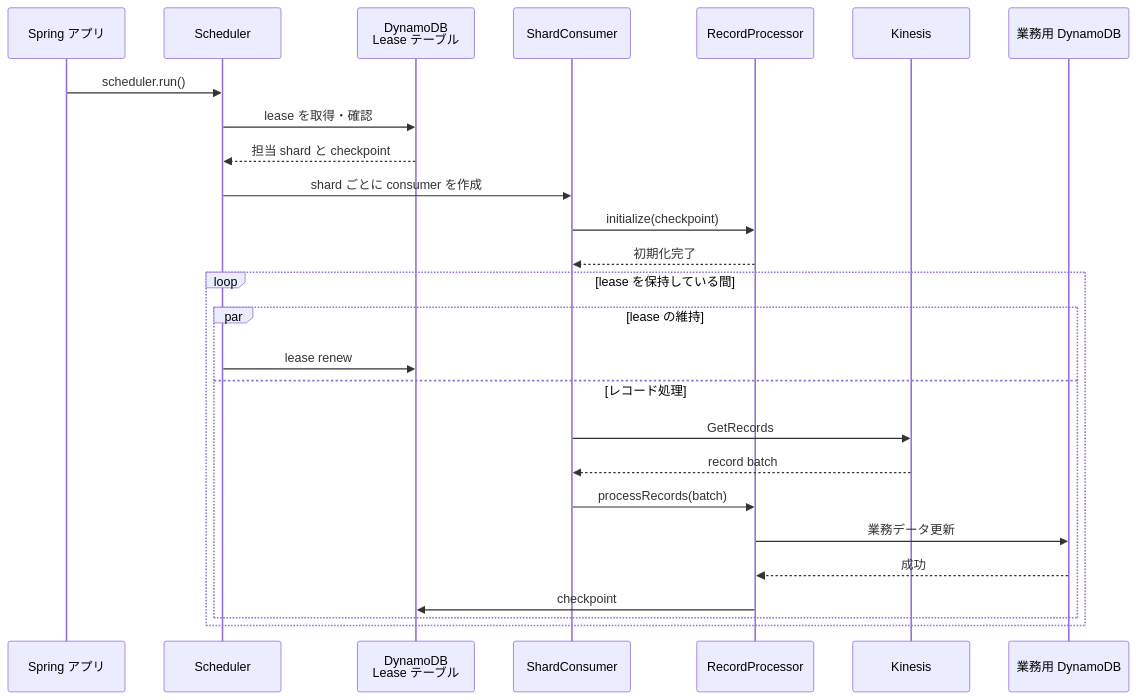
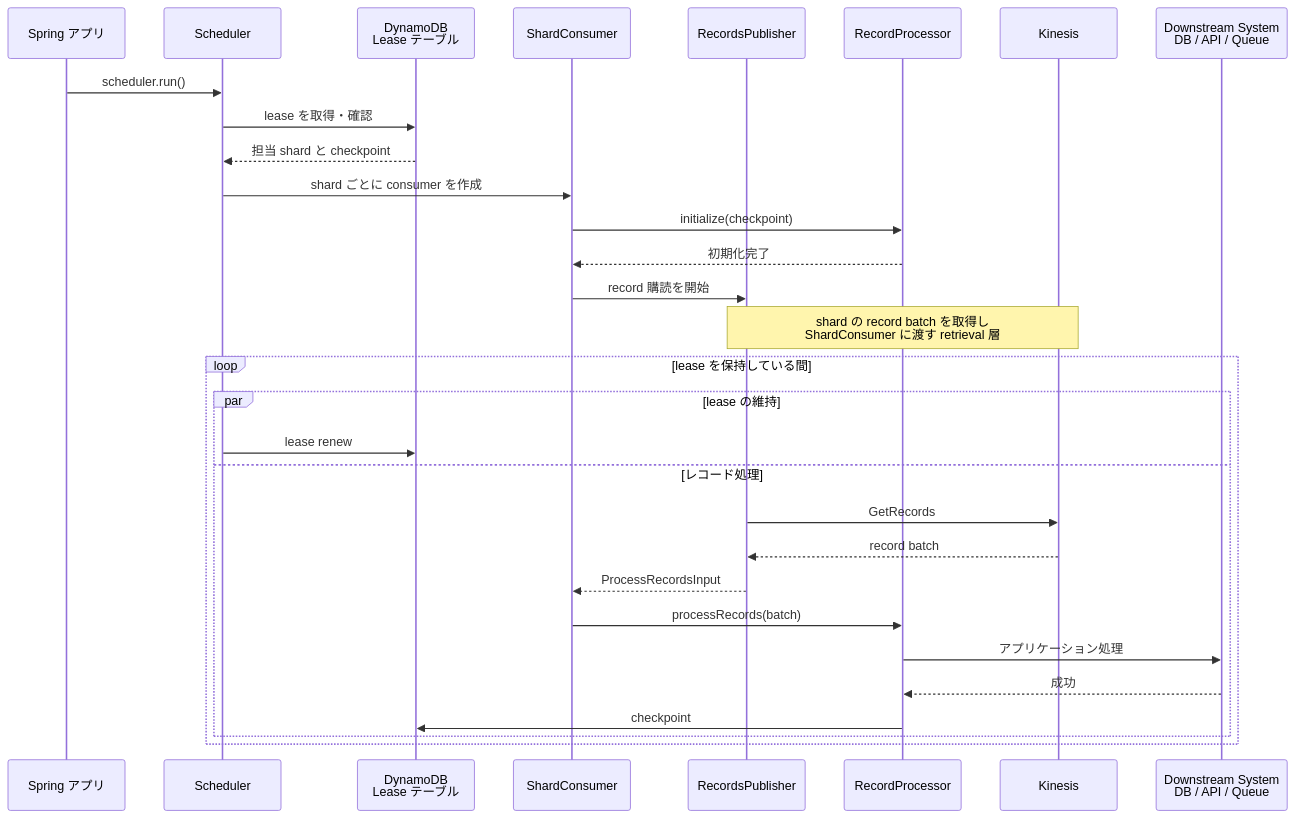
Before and after one commit to minimabot/TIL: the first of 8 diagrams in aws/kinesis/kcl.md, drawn with Mermaid. The commit also changed other lines of this file, not shown here.

````diff
--- a/aws/kinesis/kcl.md
+++ b/aws/kinesis/kcl.md
@@ -5,30 +5,34 @@
 ```mermaid
 sequenceDiagram
     participant App as Spring アプリ
     participant S as Scheduler
     participant D as DynamoDB<br/>Lease テーブル
     participant C as ShardConsumer
+    participant P as RecordsPublisher
     participant R as RecordProcessor
     participant K as Kinesis
-    participant B as 業務用 DynamoDB
+    participant B as Downstream System<br/>DB / API / Queue
 
     App->>S: scheduler.run()
     S->>D: lease を取得・確認
     D-->>S: 担当 shard と checkpoint
     S->>C: shard ごとに consumer を作成
     C->>R: initialize(checkpoint)
     R-->>C: 初期化完了
+    C->>P: record 購読を開始
+    Note over P,K: shard の record batch を取得し<br/>ShardConsumer に渡す retrieval 層
 
     loop lease を保持している間
         par lease の維持
             S->>D: lease renew
         and レコード処理
-            C->>K: GetRecords
-            K-->>C: record batch
+            P->>K: GetRecords
+            K-->>P: record batch
+            P-->>C: ProcessRecordsInput
             C->>R: processRecords(batch)
-            R->>B: 業務データ更新
+            R->>B: アプリケーション処理
             B-->>R: 成功
             R->>D: checkpoint
         end
     end
 ```
````
